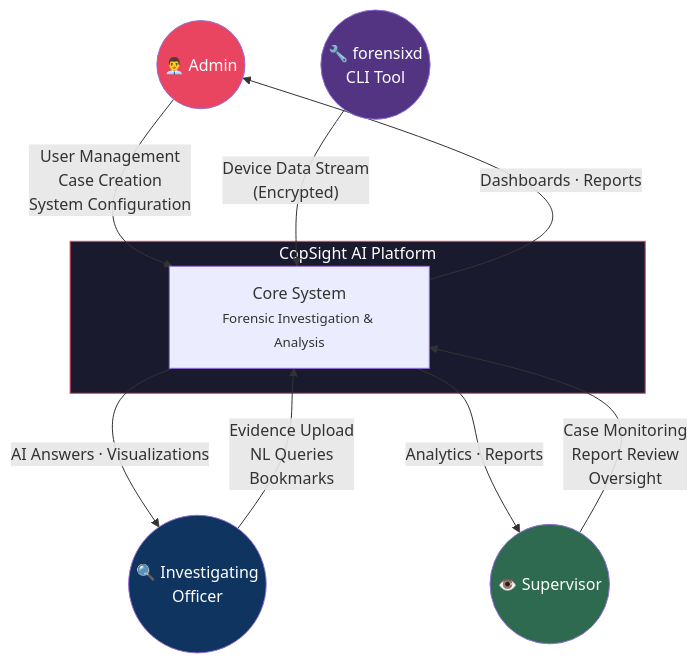
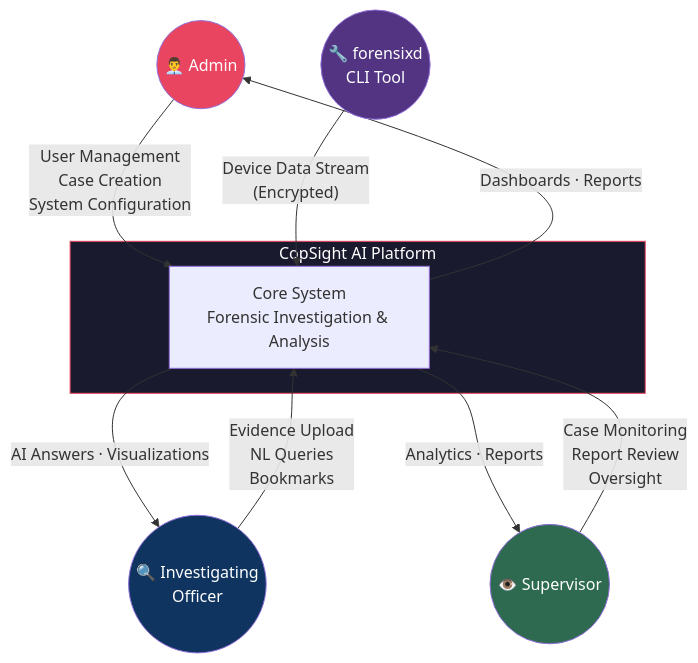
Before and after one commit to beingbrijesh/CopSight: the first of 7 diagrams in DATA-FLOW-DIAGRAM.md, drawn with Mermaid. The commit also changed other lines of this file and 4 other files, not shown here.

Commit message:
docs: Fix Mermaid diagram text cropping and add professional Contributors section

````diff
--- a/DATA-FLOW-DIAGRAM.md
+++ b/DATA-FLOW-DIAGRAM.md
@@ -11,26 +11,26 @@
 ```mermaid
 graph TB
     Admin(("👨‍💼 Admin"))
     IO(("🔍 Investigating<br/>Officer"))
     Supervisor(("👁️ Supervisor"))
     ForensixdTool(("🔧 forensixd<br/>CLI Tool"))
 
     subgraph System["CopSight AI Platform"]
-        Core["Core System<br/><small>Forensic Investigation & Analysis</small>"]
+        Core["Core System<br/>Forensic Investigation & Analysis"]
     end
 
     Admin -->|"User Management<br/>Case Creation<br/>System Configuration"| Core
     IO -->|"Evidence Upload<br/>NL Queries<br/>Bookmarks"| Core
     Supervisor -->|"Case Monitoring<br/>Report Review<br/>Oversight"| Core
     ForensixdTool -->|"Device Data Stream<br/>(Encrypted)"| Core
 
     Core -->|"Dashboards · Reports"| Admin
     Core -->|"AI Answers · Visualizations"| IO
     Core -->|"Analytics · Reports"| Supervisor
 
     style System fill:#1a1a2e,stroke:#e94560,color:#fff
     style Admin fill:#e94560,color:#fff
     style IO fill:#0f3460,color:#fff
     style Supervisor fill:#2d6a4f,color:#fff
     style ForensixdTool fill:#533483,color:#fff
 ```
````
